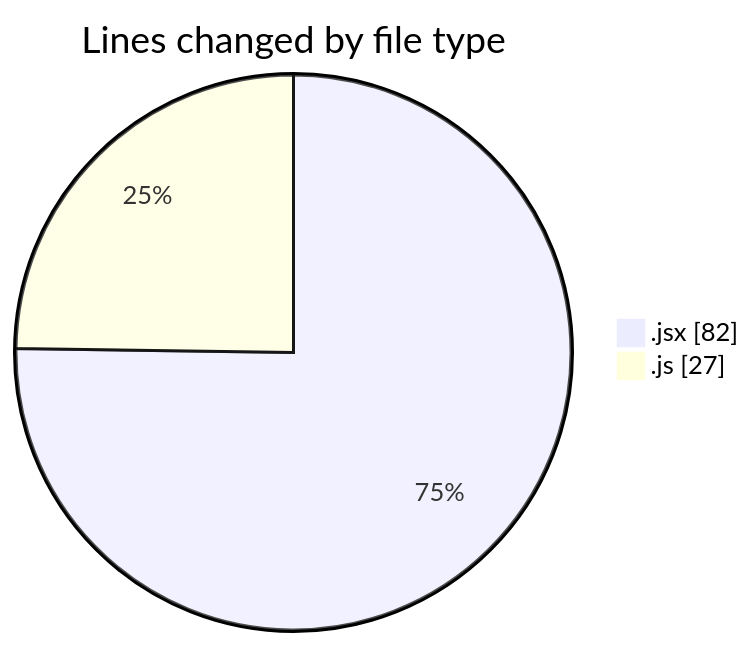
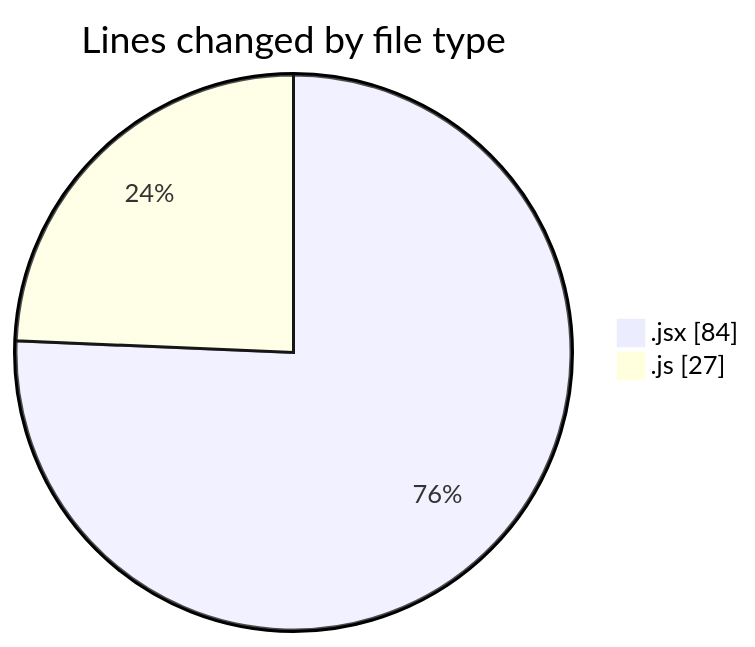
One commit to nxtqubesakshisongat/code-tracking changed the first of 2 diagrams in 2025-05-16/argos-dev/README.md. Above: the diagram before and after it, drawn with Mermaid. The commit also changed other lines of this file and 1 other file, not shown here.

````diff
--- a/2025-05-16/argos-dev/README.md
+++ b/2025-05-16/argos-dev/README.md
@@ -21,6 +21,6 @@
 ```mermaid
 pie showData
 title Lines changed by file type
-".jsx" : 82
+".jsx" : 84
 ".js" : 27
 ```
````
